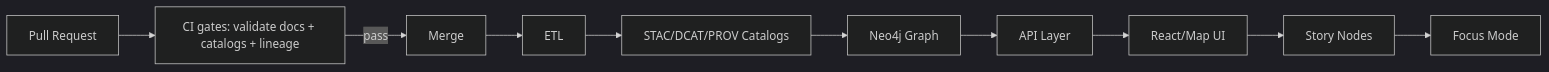
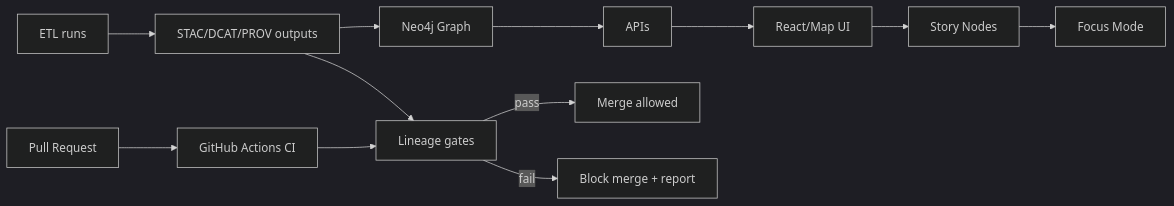
One commit to bartytime4life/Kansas-Frontier-Matrix changed the first of 2 diagrams in .github/lineage/README.md. Above: the diagram before and after it, drawn with Mermaid (dark theme). The commit also changed other lines of this file, not shown here.

```diff
--- a/.github/lineage/README.md
+++ b/.github/lineage/README.md
@@ -149,12 +184,16 @@
 ~~~mermaid
 flowchart LR
-  PR[Pull Request] --> CI[CI gates: validate docs + catalogs + lineage]
-  CI -->|pass| Merge[Merge]
-  Merge --> ETL[ETL]
-  ETL --> Catalogs[STAC/DCAT/PROV Catalogs]
-  Catalogs --> Graph[Neo4j Graph]
-  Graph --> API[API Layer]
-  API --> UI[React/Map UI]
-  UI --> Story[Story Nodes]
-  Story --> Focus[Focus Mode]
+  A[ETL runs] --> B[STAC/DCAT/PROV outputs]
+  B --> C[Neo4j Graph]
+  C --> D[APIs]
+  D --> E[React/Map UI]
+  E --> F[Story Nodes]
+  F --> G[Focus Mode]
+
+  PR[Pull Request] --> CI[GitHub Actions CI]
+  CI --> L[Lineage gates]
+  L -->|pass| M[Merge allowed]
+  L -->|fail| X[Block merge + report]
+
+  B --> L
 ~~~
```
